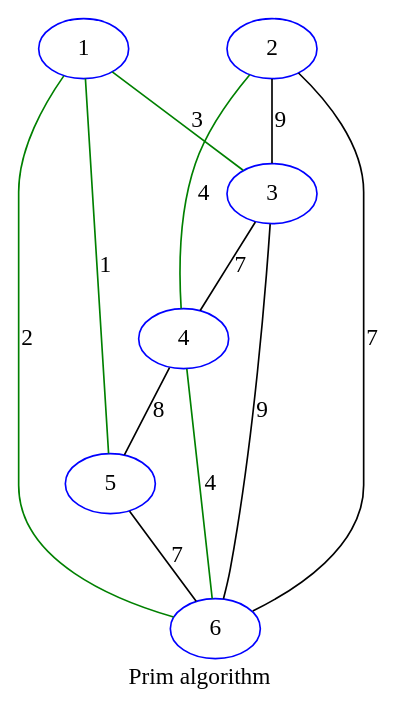
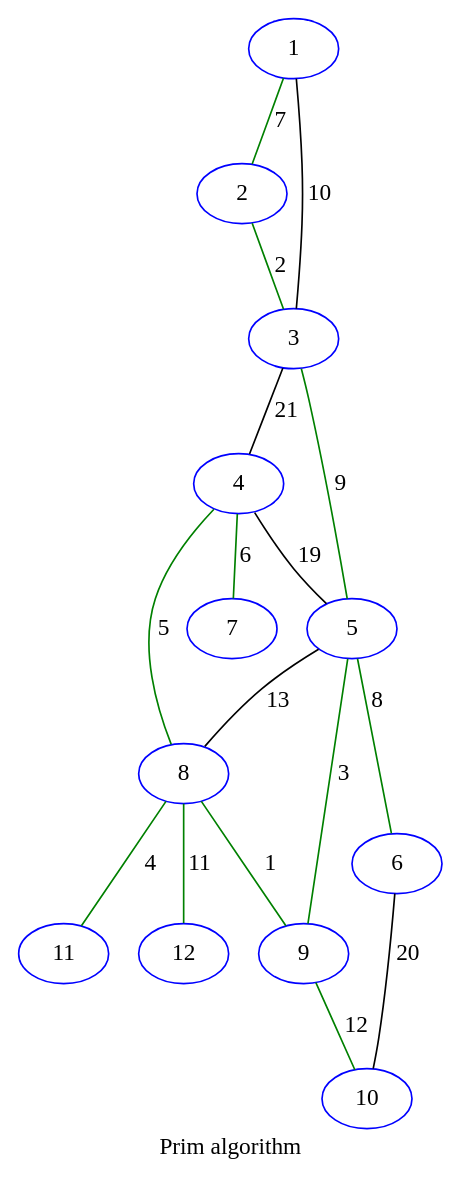
Before and after one commit to sallareznov/m1s2: the diagram in AeA/partie2/tp2/prim.dot, drawn with Graphviz. The commit also changed 23 other files, not shown here.

```diff
--- a/AeA/partie2/tp2/prim.dot
+++ b/AeA/partie2/tp2/prim.dot
@@ -1,20 +1,31 @@
 graph {
 label="Prim algorithm"
+11 [color=blue]
 6 [color=blue]
+10 [color=blue]
 5 [color=blue]
+8 [color=blue]
+7 [color=blue]
 2 [color=blue]
 1 [color=blue]
 4 [color=blue]
 3 [color=blue]
-1--3[label="3",color=green]
-1--5[label="1",color=green]
-1--6[label="2",color=green]
-2--3[label="9"]
-2--4[label="4",color=green]
-2--6[label="7"]
-3--4[label="7"]
-3--6[label="9"]
-4--5[label="8"]
-4--6[label="4",color=green]
-5--6[label="7"]
+12 [color=blue]
+9 [color=blue]
+1--2[label="7",color=green]
+1--3[label="10"]
+2--3[label="2",color=green]
+3--4[label="21"]
+3--5[label="9",color=green]
+4--5[label="19"]
+4--7[label="6",color=green]
+4--8[label="5",color=green]
+5--6[label="8",color=green]
+5--9[label="3",color=green]
+5--8[label="13"]
+6--10[label="20"]
+8--9[label="1",color=green]
+8--11[label="4",color=green]
+8--12[label="11",color=green]
+9--10[label="12",color=green]
 }
```
